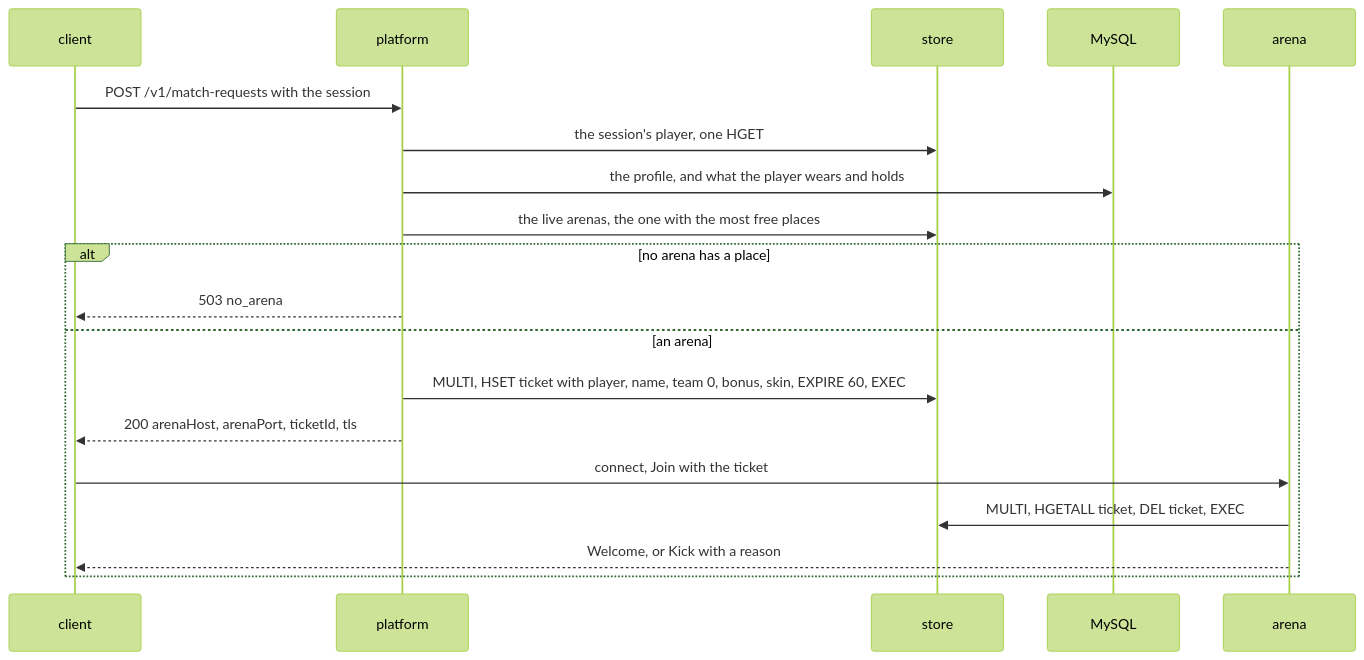
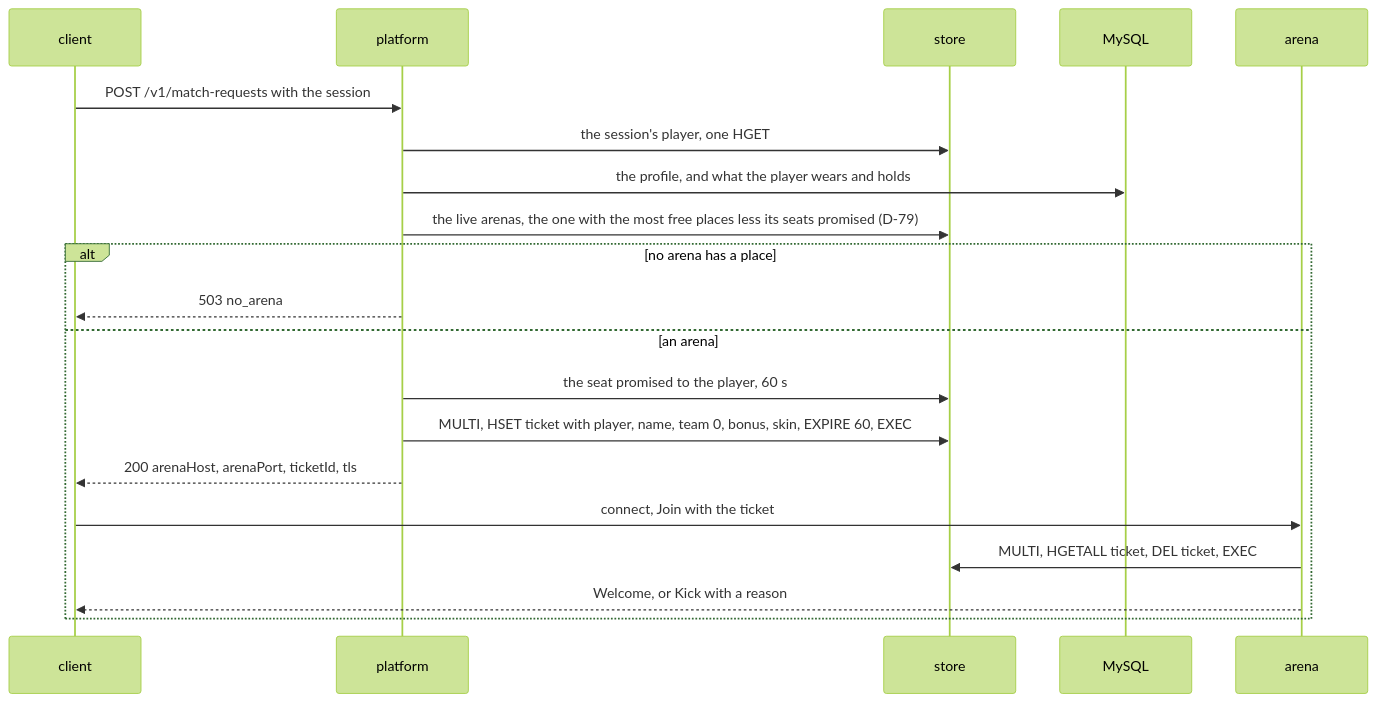
One commit to greensoft-atom/depio-simulation-platform changed the third of 15 diagrams in docs/diagrams/04-platform.md. Above: the diagram before and after it, drawn with Mermaid (forest theme). The commit also changed other lines of this file and 21 other files, not shown here.

First line of the commit message:
fix(handoff, arena, platform): a burst of seats spread over the arenas; item 85, T-59, D-79

````diff
--- a/docs/diagrams/04-platform.md
+++ b/docs/diagrams/04-platform.md
@@ -104,21 +104,22 @@
 ```mermaid
 sequenceDiagram
     participant C as client
     participant P as platform
     participant S as store
     participant D as MySQL
     participant A as arena
     C->>P: POST /v1/match-requests with the session
     P->>S: the session's player, one HGET
     P->>D: the profile, and what the player wears and holds
-    P->>S: the live arenas, the one with the most free places
+    P->>S: the live arenas, the one with the most free places less its seats promised (D-79)
     alt no arena has a place
         P-->>C: 503 no_arena
     else an arena
+        P->>S: the seat promised to the player, 60 s
         P->>S: MULTI, HSET ticket with player, name, team 0, bonus, skin, EXPIRE 60, EXEC
         P-->>C: 200 arenaHost, arenaPort, ticketId, tls
         C->>A: connect, Join with the ticket
         A->>S: MULTI, HGETALL ticket, DEL ticket, EXEC
         A-->>C: Welcome, or Kick with a reason
     end
 ```
````
